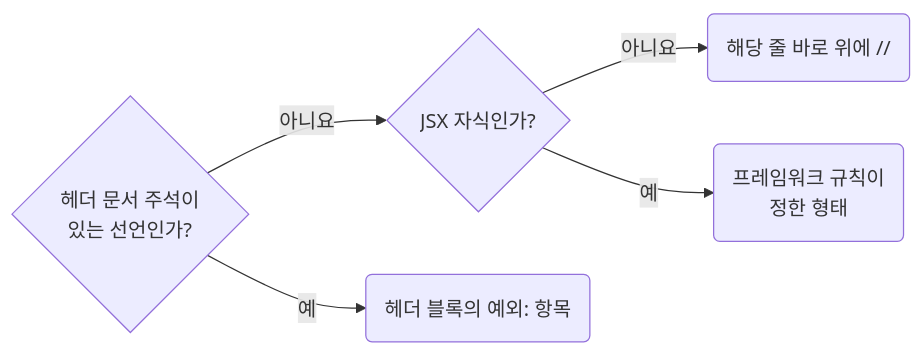
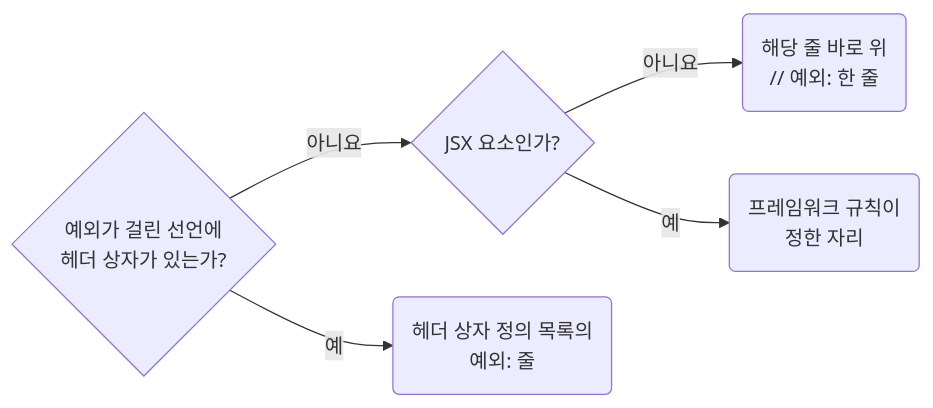
One commit to nomeehej/agent-conventions changed the diagram in skill/typescript/contracts/docs-justify-convention-exceptions-with-a-reason-comment.md. Above: the diagram before and after it, drawn with Mermaid. The commit also changed other lines of this file and 142 other files, not shown here.

````diff
--- a/skill/typescript/contracts/docs-justify-convention-exceptions-with-a-reason-comment.md
+++ b/skill/typescript/contracts/docs-justify-convention-exceptions-with-a-reason-comment.md
@@ -19,6 +21,6 @@
 ```mermaid
 flowchart LR
-	q1{"헤더 문서 주석이<br>있는 선언인가?"} -- 아니요 --> q2{"JSX 자식인가?"} -- 아니요 --> r3("해당 줄 바로 위에 //")
-	q1 -- 예 --> r1("헤더 블록의 예외: 항목")
-	q2 -- 예 --> r2("프레임워크 규칙이<br>정한 형태")
+	q1{"예외가 걸린 선언에<br>헤더 상자가 있는가?"} -- 아니요 --> q2{"JSX 요소인가?"} -- 아니요 --> r3("해당 줄 바로 위<br>// 예외: 한 줄")
+	q1 -- 예 --> r1("헤더 상자 정의 목록의<br>예외: 줄")
+	q2 -- 예 --> r2("프레임워크 규칙이<br>정한 자리")
 ```
````
